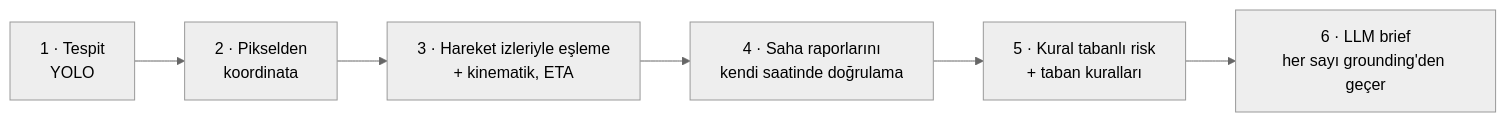
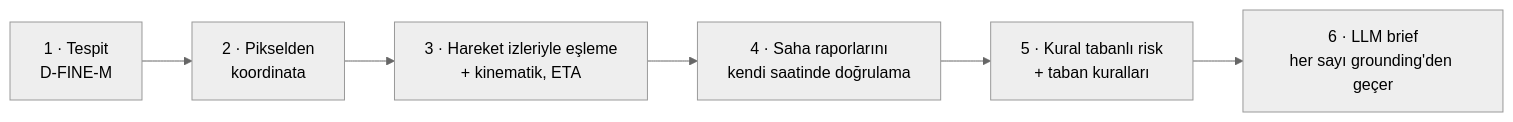
One commit to BeratAltunn/sungur changed the first of 2 diagrams in README.md. Above: the diagram before and after it, drawn with Mermaid (neutral theme). The commit also changed other lines of this file and 258 other files, not shown here.

````diff
--- a/README.md
+++ b/README.md
@@ -7,8 +7,8 @@
 ```mermaid
 flowchart LR
-  A[1 · Tespit<br/>YOLO] --> B[2 · Pikselden<br/>koordinata]
+  A[1 · Tespit<br/>D-FINE-M] --> B[2 · Pikselden<br/>koordinata]
   B --> C[3 · Hareket izleriyle eşleme<br/>+ kinematik, ETA]
   C --> D[4 · Saha raporlarını<br/>kendi saatinde doğrulama]
   D --> E[5 · Kural tabanlı risk<br/>+ taban kuralları]
   E --> F[6 · LLM brief<br/>her sayı grounding'den geçer]
 ```
````
